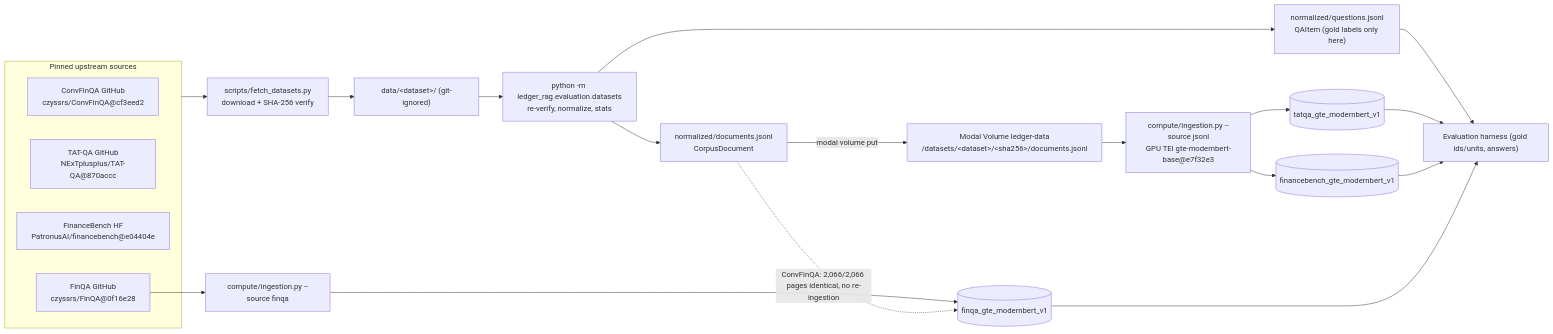
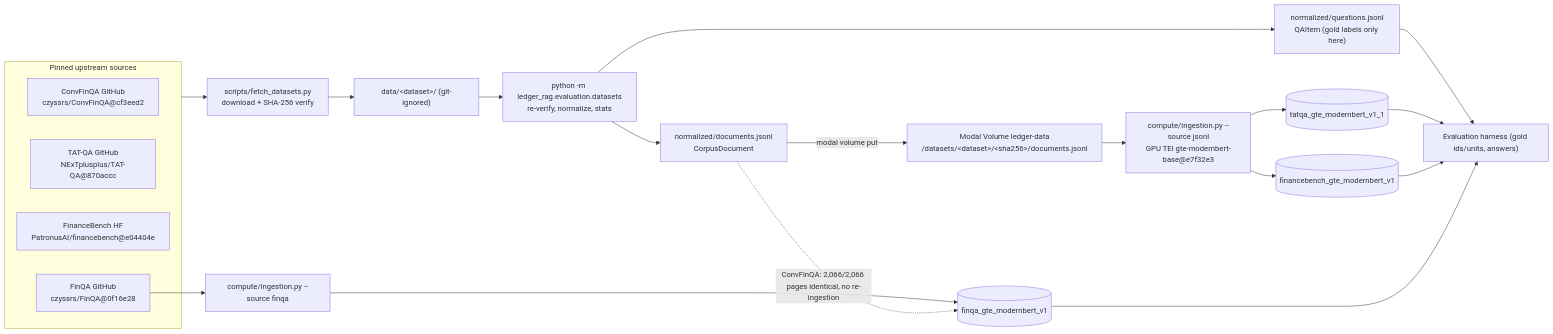
One commit to tushar-mahalya/ledger_rag changed the diagram in docs/DATASETS.md. Above: the diagram before and after it, drawn with Mermaid. The commit also changed other lines of this file and 1 other file, not shown here.

Commit message:
docs(datasets): record TAT-QA header fix and tatqa_gte_modernbert_v1_1 ingestion

````diff
--- a/docs/DATASETS.md
+++ b/docs/DATASETS.md
@@ -25,24 +25,24 @@
 ```mermaid
 flowchart LR
     subgraph Sources["Pinned upstream sources"]
         CF["ConvFinQA GitHub<br/>czyssrs/ConvFinQA@cf3eed2"]
         TQ["TAT-QA GitHub<br/>NExTplusplus/TAT-QA@870accc"]
         FB["FinanceBench HF<br/>PatronusAI/financebench@e04404e"]
         FQ["FinQA GitHub<br/>czyssrs/FinQA@0f16e28"]
     end
     Sources --> Fetch["scripts/fetch_datasets.py<br/>download + SHA-256 verify"]
     Fetch --> Raw["data/&lt;dataset&gt;/ (git-ignored)"]
     Raw --> Normalize["python -m ledger_rag.evaluation.datasets<br/>re-verify, normalize, stats"]
     Normalize --> Docs["normalized/documents.jsonl<br/>CorpusDocument"]
     Normalize --> QA["normalized/questions.jsonl<br/>QAItem (gold labels only here)"]
     Docs -->|"modal volume put"| Volume["Modal Volume ledger-data<br/>/datasets/&lt;dataset&gt;/&lt;sha256&gt;/documents.jsonl"]
     Volume --> Ingest["compute/ingestion.py --source jsonl<br/>GPU TEI gte-modernbert-base@e7f32e3"]
-    Ingest --> TQC[("tatqa_gte_modernbert_v1")]
+    Ingest --> TQC[("tatqa_gte_modernbert_v1_1")]
     Ingest --> FBC[("financebench_gte_modernbert_v1")]
     FQ --> FinQAIngest["compute/ingestion.py --source finqa"] --> FQC[("finqa_gte_modernbert_v1")]
     Docs -. "ConvFinQA: 2,066/2,066 pages identical, no re-ingestion" .-> FQC
     QA --> Harness["Evaluation harness (gold ids/units, answers)"]
     TQC --> Harness
     FBC --> Harness
     FQC --> Harness
 ```
````
